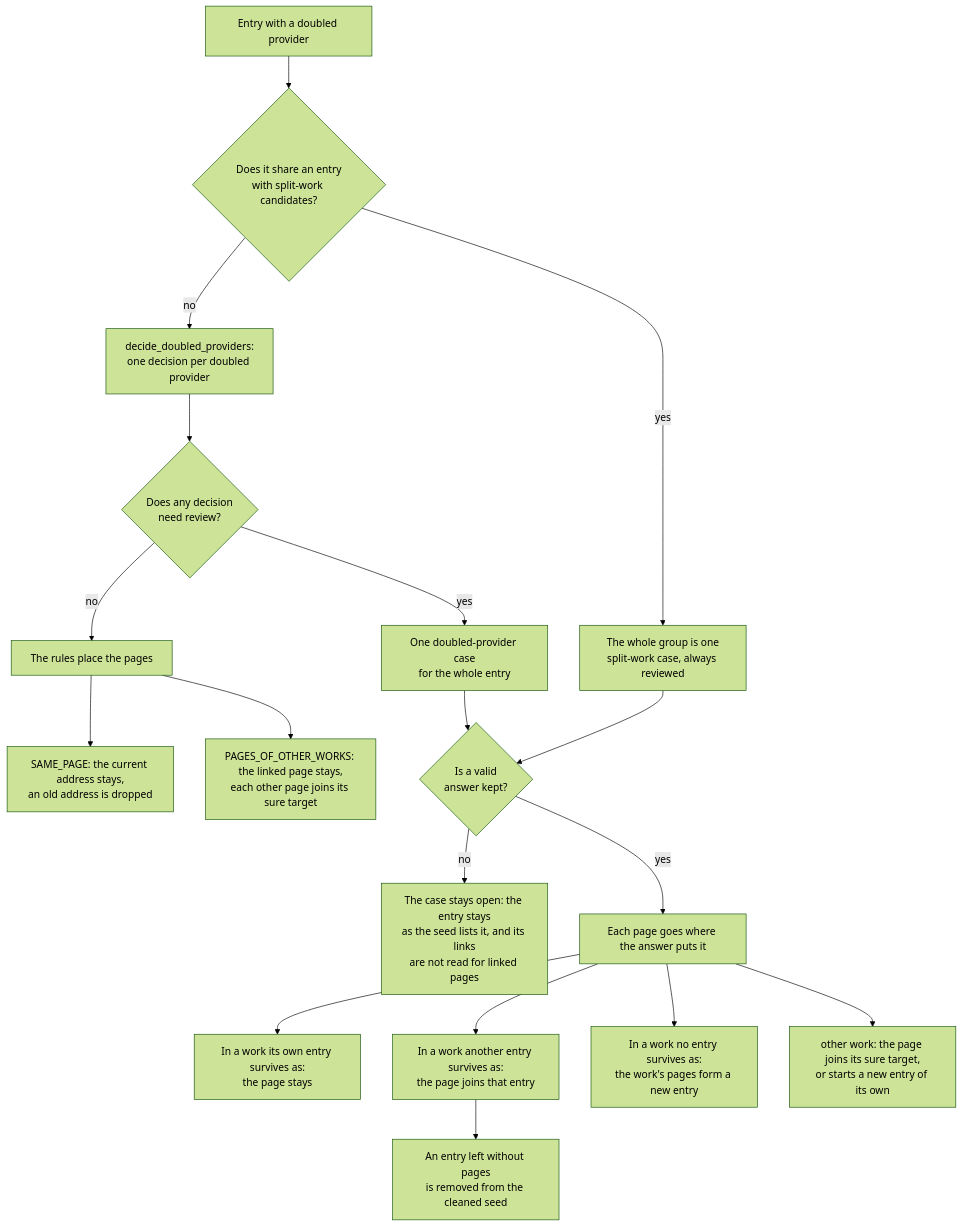
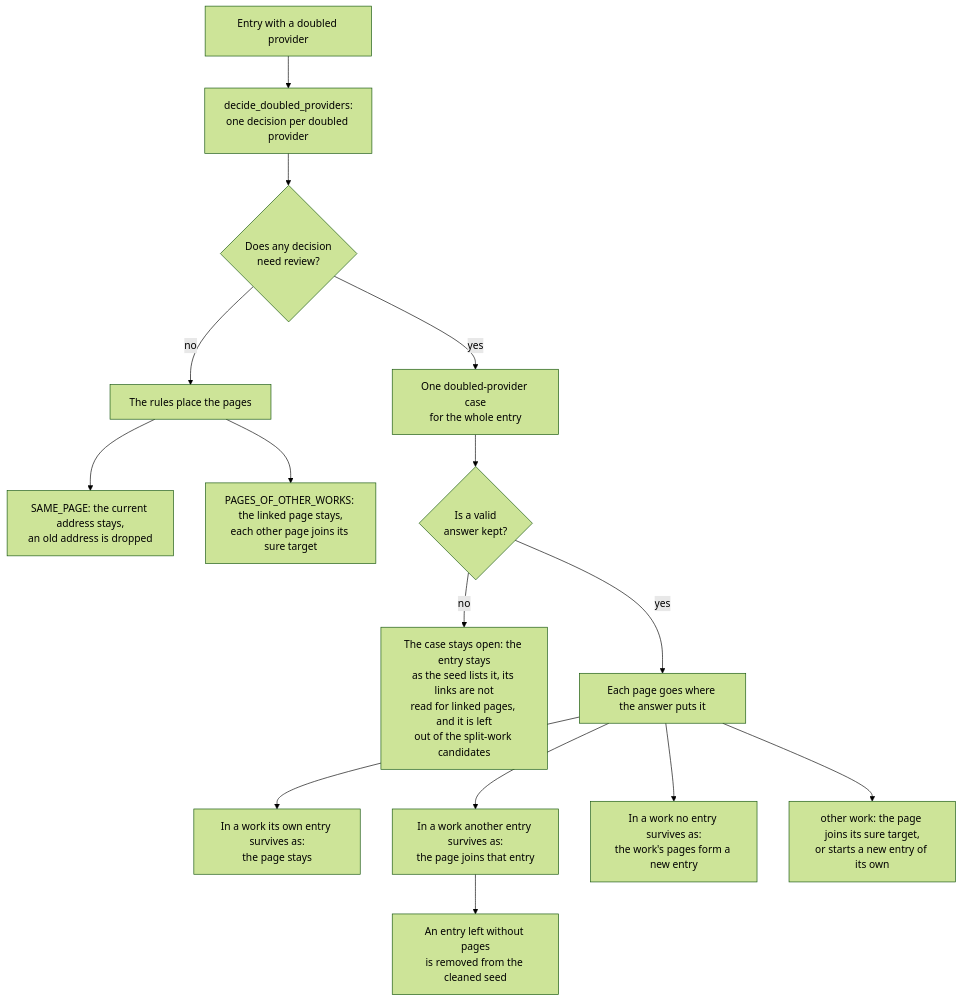
Before and after one commit to adnanaq/echora: the third of 5 diagrams in libs/work_matching/README.md, drawn with Mermaid (forest theme). The commit also changed other lines of this file and 95 other files, not shown here.

First line of the commit message:
feat(ECHO-74): Finish the split-work review: candidates by links, case details and part suggestions (#62)

````diff
--- a/libs/work_matching/README.md
+++ b/libs/work_matching/README.md
@@ -339,20 +351,17 @@
 ```mermaid
 flowchart TD
-    entry[Entry with a doubled provider] --> grouped{Does it share an entry<br/>with split-work candidates?}
-    grouped -- yes --> group_case[The whole group is one<br/>split-work case, always reviewed]
-    grouped -- no --> decide[decide_doubled_providers:<br/>one decision per doubled provider]
+    entry[Entry with a doubled provider] --> decide[decide_doubled_providers:<br/>one decision per doubled provider]
     decide --> needs{Does any decision<br/>need review?}
     needs -- no --> rules[The rules place the pages]
     rules --> same[SAME_PAGE: the current address stays,<br/>an old address is dropped]
     rules --> moved[PAGES_OF_OTHER_WORKS: the linked page stays,<br/>each other page joins its sure target]
     needs -- yes --> entry_case[One doubled-provider case<br/>for the whole entry]
-    group_case --> answer{Is a valid<br/>answer kept?}
-    entry_case --> answer
-    answer -- no --> open[The case stays open: the entry stays<br/>as the seed lists it, and its links<br/>are not read for linked pages]
+    entry_case --> answer{Is a valid<br/>answer kept?}
+    answer -- no --> open[The case stays open: the entry stays<br/>as the seed lists it, its links are not<br/>read for linked pages, and it is left<br/>out of the split-work candidates]
     answer -- yes --> placed[Each page goes where the answer puts it]
     placed --> stays[In a work its own entry survives as:<br/>the page stays]
     placed --> joins[In a work another entry survives as:<br/>the page joins that entry]
     placed --> new_entry[In a work no entry survives as:<br/>the work's pages form a new entry]
     placed --> other[other work: the page joins its sure target,<br/>or starts a new entry of its own]
     joins --> removed[An entry left without pages<br/>is removed from the cleaned seed]
 ```
````
